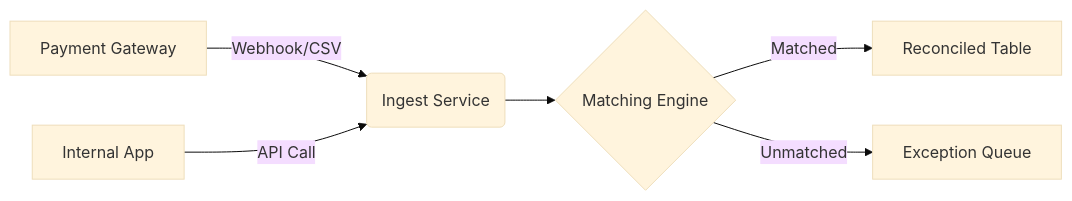
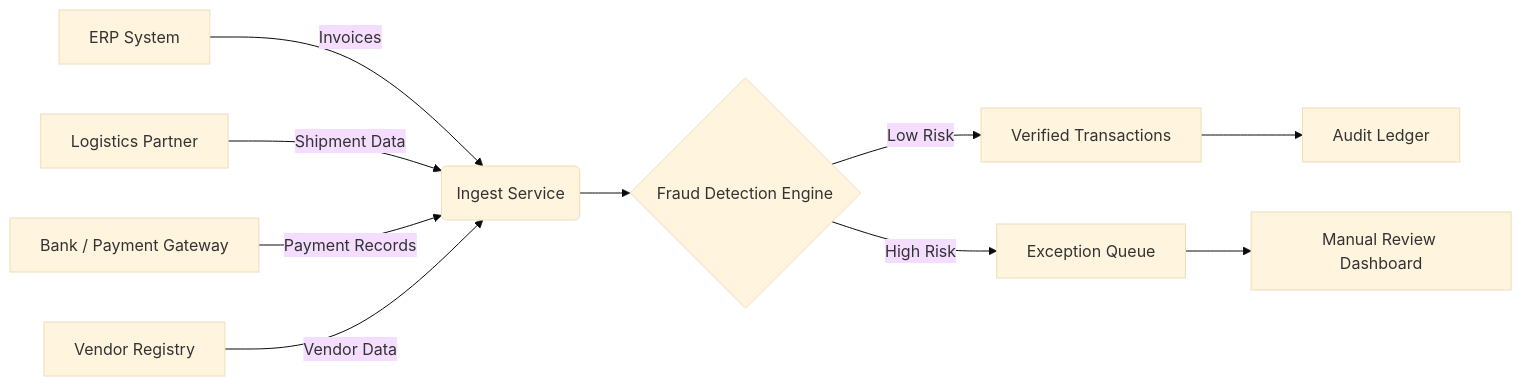
One commit to akhilthirunalveli/Payline changed the diagram in README.md. Above: the diagram before and after it, drawn with Mermaid (base theme). The commit also changed other lines of this file, not shown here.

````diff
--- a/README.md
+++ b/README.md
@@ -34,8 +131,14 @@
 ```mermaid
 graph LR
-    A[Payment Gateway] -->|Webhook/CSV| B(Ingest Service)
-    C[Internal App] -->|API Call| B
-    B --> D{Matching Engine}
-    D -->|Matched| E[Reconciled Table]
-    D -->|Unmatched| F[Exception Queue]
+    A[ERP System] -->|Invoices| B(Ingest Service)
+    C[Logistics Partner] -->|Shipment Data| B
+    D[Bank / Payment Gateway] -->|Payment Records| B
+    E[Vendor Registry] -->|Vendor Data| B
+    
+    B --> F{Fraud Detection Engine}
+    F -->|Low Risk| G[Verified Transactions]
+    F -->|High Risk| H[Exception Queue]
+    
+    G --> I[Audit Ledger]
+    H --> J[Manual Review Dashboard]
 ```
````
